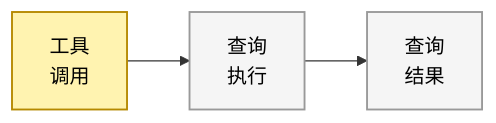
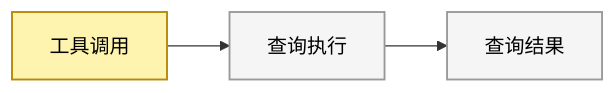
Before and after one commit to BillZong/BillZong.github.io: the seventh of 11 diagrams in source/_posts/bi-evolution-6-ai-native-restructure.md, drawn with Mermaid. The commit also changed other lines of this file, not shown here.

First line of the commit message:
fix(BI-ch6): remove \n from mermaid labels

```diff
--- a/source/_posts/bi-evolution-6-ai-native-restructure.md
+++ b/source/_posts/bi-evolution-6-ai-native-restructure.md
@@ -423,12 +423,12 @@
 {% mermaid %}
 flowchart LR
     classDef entry fill:#fff3b0,stroke:#b58900,color:#000,stroke-width:1.5px
     classDef decision fill:#fce4ec,stroke:#c62828,color:#000,stroke-width:1.5px
     classDef exit fill:#e8f5e8,stroke:#2e7d32,color:#000,stroke-width:1.5px
     classDef normal fill:#f5f5f5,stroke:#999,color:#000,stroke-width:1.5px
 
-    E["工具\n调用"]:::entry
-    F["查询\n执行"]:::normal
-    G["查询\n结果"]:::normal
+    E["工具调用"]:::entry
+    F["查询执行"]:::normal
+    G["查询结果"]:::normal
     E --> F --> G
 {% endmermaid %}
```
